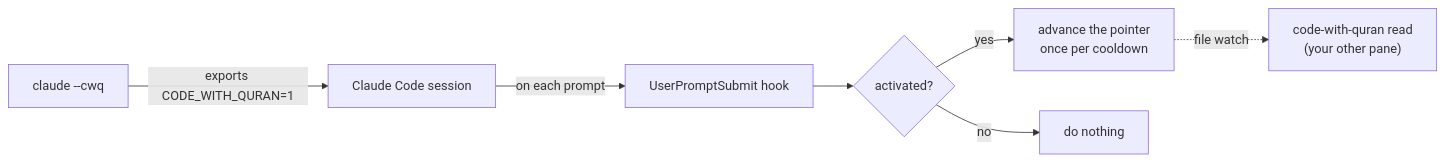
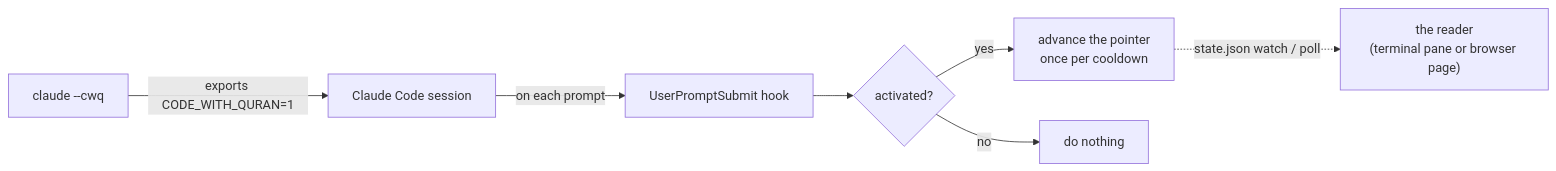
The diagram in README.md (bahni-m/code-with-quran), drawn with Mermaid before and after one commit. The commit also changed other lines of this file and 11 other files, not shown here.

````diff
--- a/README.md
+++ b/README.md
@@ -129,9 +147,9 @@
 ```mermaid
 flowchart LR
     A["claude --cwq"] -->|exports CODE_WITH_QURAN=1| B[Claude Code session]
     B -->|on each prompt| C[UserPromptSubmit hook]
     C --> D{activated?}
     D -->|yes| E[advance the pointer<br/>once per cooldown]
     D -->|no| F[do nothing]
-    E -.->|file watch| G["code-with-quran read<br/>(your other pane)"]
+    E -.->|state.json watch / poll| G["the reader<br/>(terminal pane or browser page)"]
 ```
````
